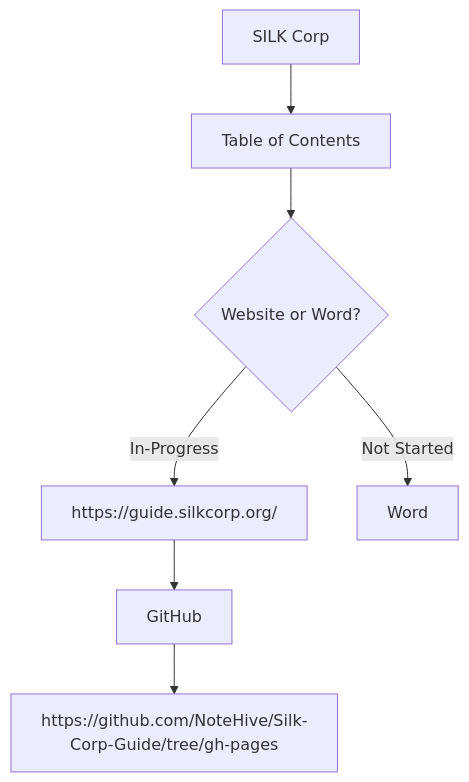
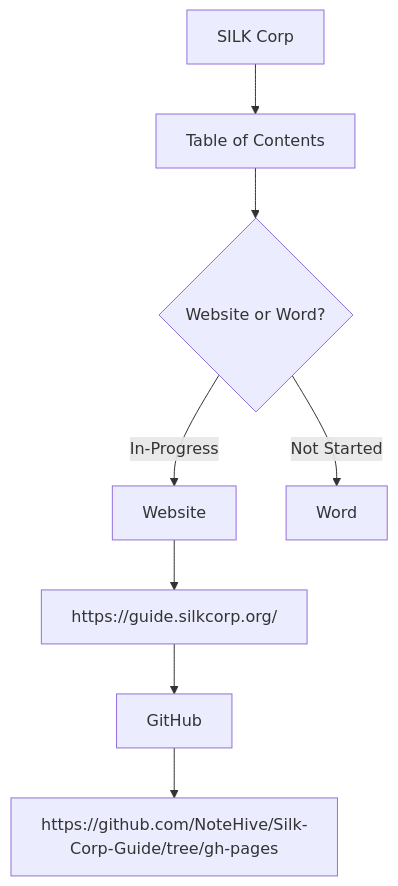
One commit to sizzzy/Silk-Corp-Guide changed the first of 4 diagrams in research/roadmap.md. Above: the diagram before and after it, drawn with Mermaid.

Commit message:
Updated Overview

````diff
--- a/research/roadmap.md
+++ b/research/roadmap.md
@@ -5,9 +5,10 @@
 ```mermaid
 flowchart TD
     A[SILK Corp] -->B[Table of Contents]
     B -->C{Website or Word?}
-    C -->|In-Progress| D[ https://guide.silkcorp.org/ ]
-    C -->|Not Started| E[Word]
-    D --> F[GitHub]
-    F --> G[ https://github.com/NoteHive/Silk-Corp-Guide/tree/gh-pages ]
+    C -->|In-Progress| D[Website]
+    D -->E[ https://guide.silkcorp.org/ ]
+    C -->|Not Started| F[Word]
+    E --> G[GitHub]
+    G --> H[ https://github.com/NoteHive/Silk-Corp-Guide/tree/gh-pages ]
 ```
````
